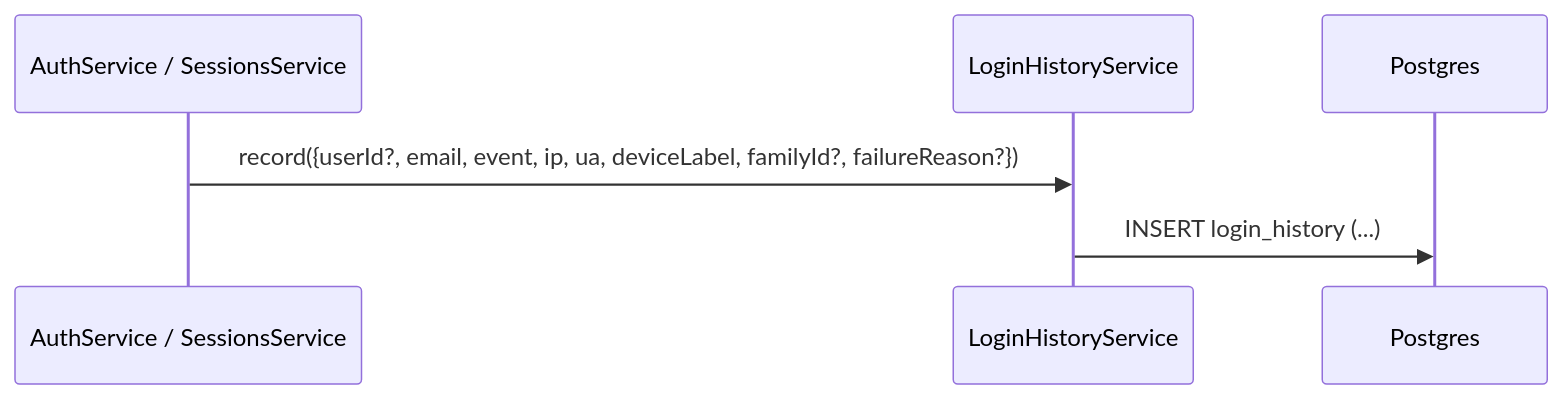
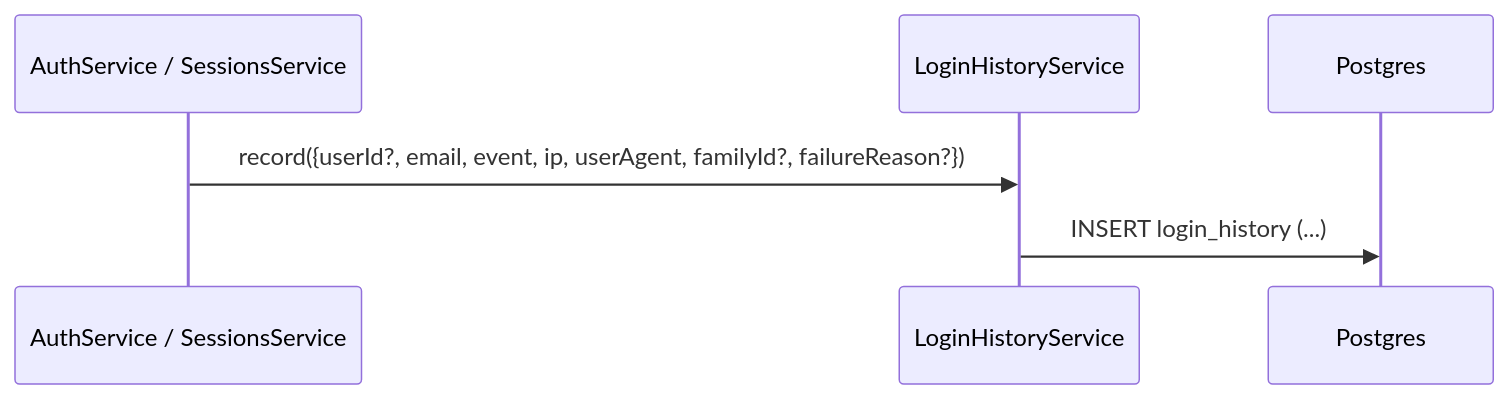
The second of 2 diagrams in spec/data-flow/1-audit.md (worker-ants/clemvion), drawn with Mermaid before and after one commit. The commit also changed other lines of this file and 186 other files, not shown here.

````diff
--- a/spec/data-flow/1-audit.md
+++ b/spec/data-flow/1-audit.md
@@ -41,8 +41,8 @@
 ```mermaid
 sequenceDiagram
   participant Auth as AuthService / SessionsService
   participant LHS as LoginHistoryService
   participant PG as Postgres
-  Auth->>LHS: record({userId?, email, event, ip, ua, deviceLabel, familyId?, failureReason?})
+  Auth->>LHS: record({userId?, email, event, ip, userAgent, familyId?, failureReason?})
   LHS->>PG: INSERT login_history (...)
 ```
````
